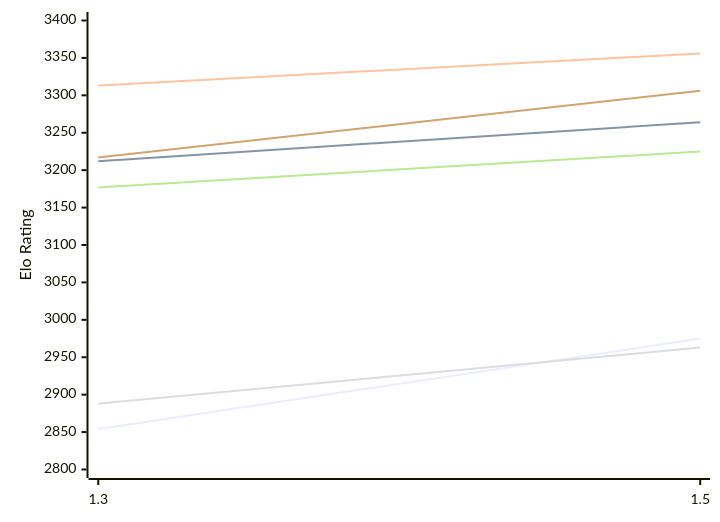
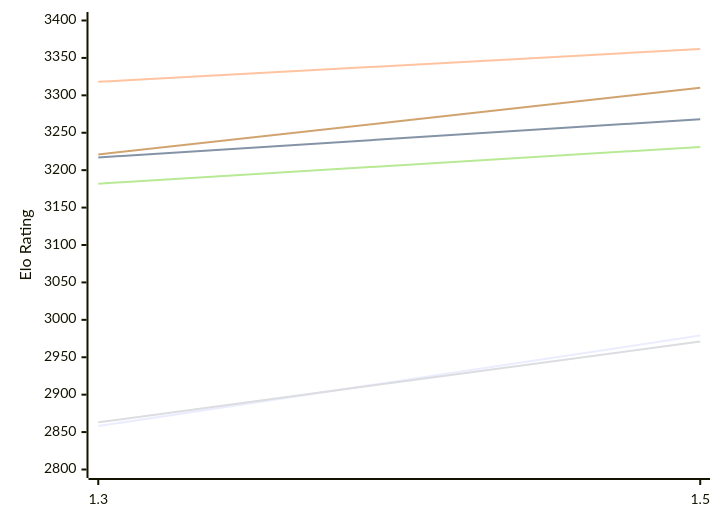
The first of 2 diagrams in engines/Lambergar.md (computer-chess-index/cci), drawn with Mermaid before and after one commit. The commit also changed other lines of this file, not shown here.

Commit message:
Update CCI Ratings (ELO VLTC) - 2026-11-20

````diff
--- a/engines/Lambergar.md
+++ b/engines/Lambergar.md
@@ -50,12 +50,12 @@
 ```mermaid
 %%{init: {"theme":"base","themeVariables":{"seriesColors:['#a3a3a3','#222221','#faa371']}}}%%
 xychart-beta
   x-axis ["1.3", "1.5"]
   y-axis "Elo Rating" 2800 --> 3400
-  line "E1: STC (8.0+0.08s)" [2854, 2975]
-  line "E1: LTC (60.0+0.60s)" [3212, 3264]
-  line "E1: VLTC (2m24s+1.12s)" [3313, 3356]
-  line "P1: STC (8.0+0.08s)" [2888, 2963]
-  line "P1: LTC (60.0+0.60s)" [3177, 3225]
-  line "P1: VLTC (2m24s+1.12s)" [3217, 3306]
+  line "E1: STC (8.0+0.08s)" [2858, 2979]
+  line "E1: LTC (60.0+0.60s)" [3217, 3268]
+  line "E1: VLTC (2m24s+1.12s)" [3318, 3362]
+  line "P1: STC (8.0+0.08s)" [2863, 2971]
+  line "P1: LTC (60.0+0.60s)" [3182, 3231]
+  line "P1: VLTC (2m24s+1.12s)" [3221, 3310]
 ```
````
